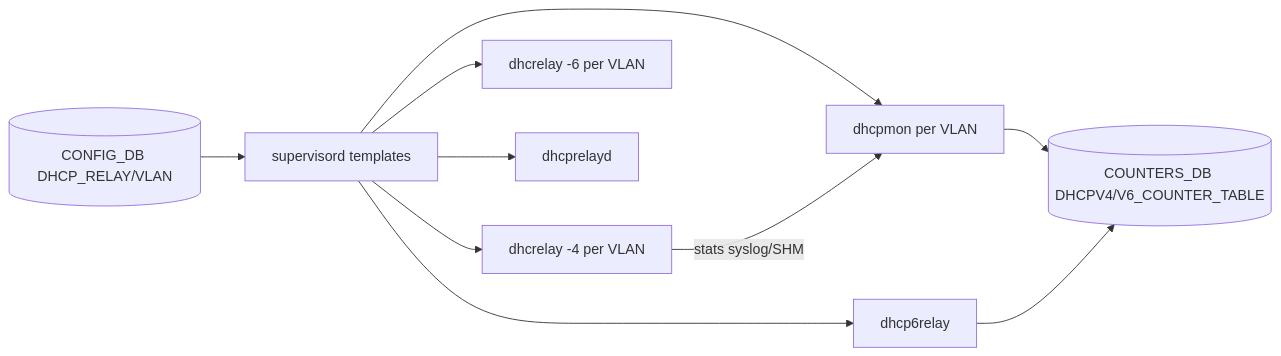
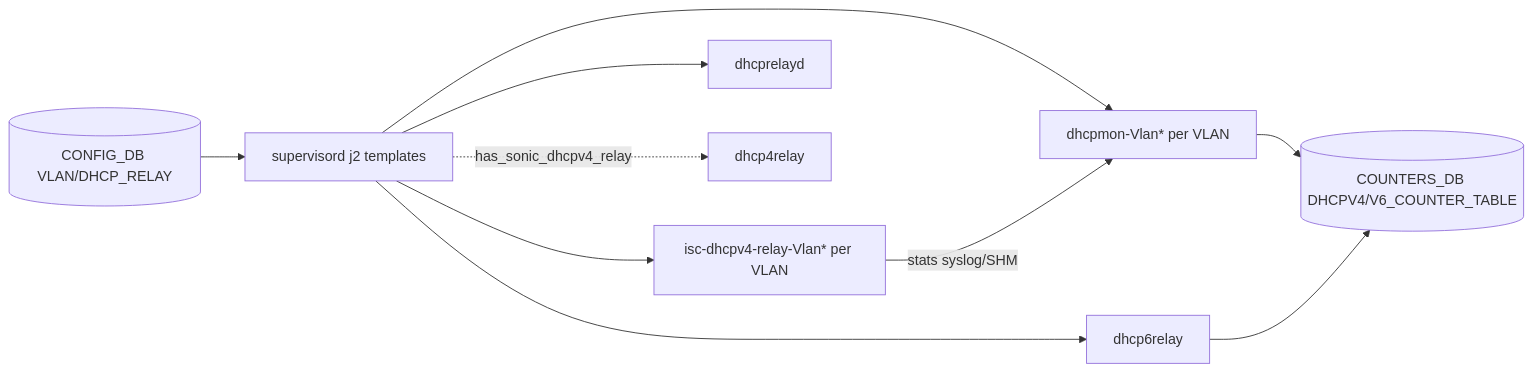
Before and after one commit to aoki-taquan/sonic-unofficial-docs: the second of 3 diagrams in docs/topics/16-nat-dhcp-dns/architecture.md, drawn with Mermaid. The commit also changed other lines of this file and 30 other files, not shown here.

````diff
--- a/docs/topics/16-nat-dhcp-dns/architecture.md
+++ b/docs/topics/16-nat-dhcp-dns/architecture.md
@@ -69,12 +131,12 @@
 ```mermaid
 flowchart LR
-  C[(CONFIG_DB DHCP_RELAY/VLAN)] --> SUP[supervisord templates]
-  SUP --> D4[dhcrelay -4 per VLAN]
-  SUP --> D6[dhcrelay -6 per VLAN]
-  SUP --> M[dhcpmon per VLAN]
+  C[(CONFIG_DB VLAN/DHCP_RELAY)] --> SUP[supervisord j2 templates]
+  SUP --> D4[isc-dhcpv4-relay-Vlan* per VLAN]
+  SUP --> M[dhcpmon-Vlan* per VLAN]
   SUP --> D6R[dhcp6relay]
   SUP --> DR[dhcprelayd]
+  SUP -.has_sonic_dhcpv4_relay.-> D4S[dhcp4relay]
   D4 -->|stats syslog/SHM| M
   M --> CD[(COUNTERS_DB DHCPV4/V6_COUNTER_TABLE)]
   D6R --> CD
 ```
````
